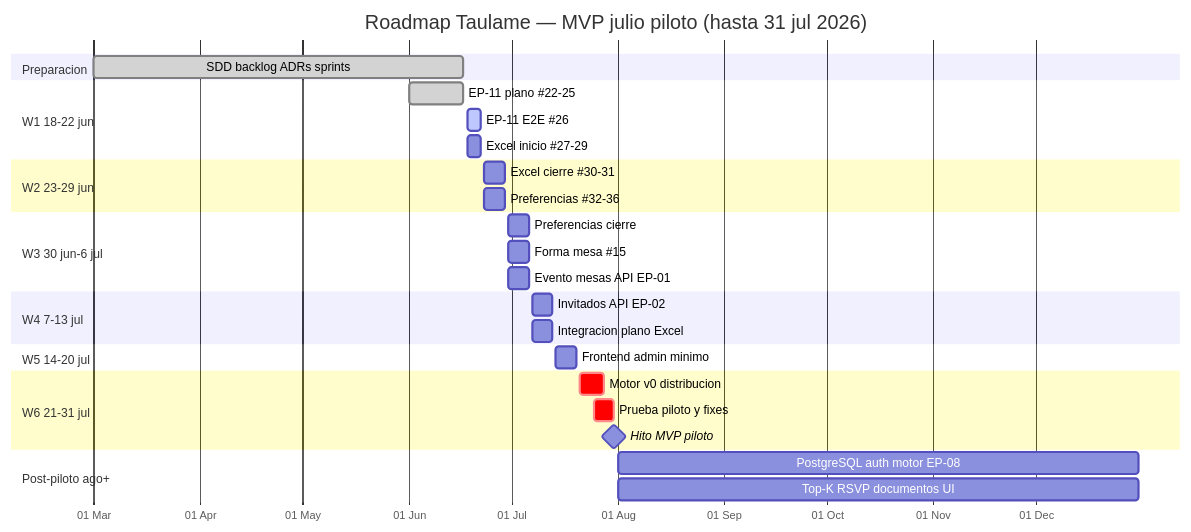
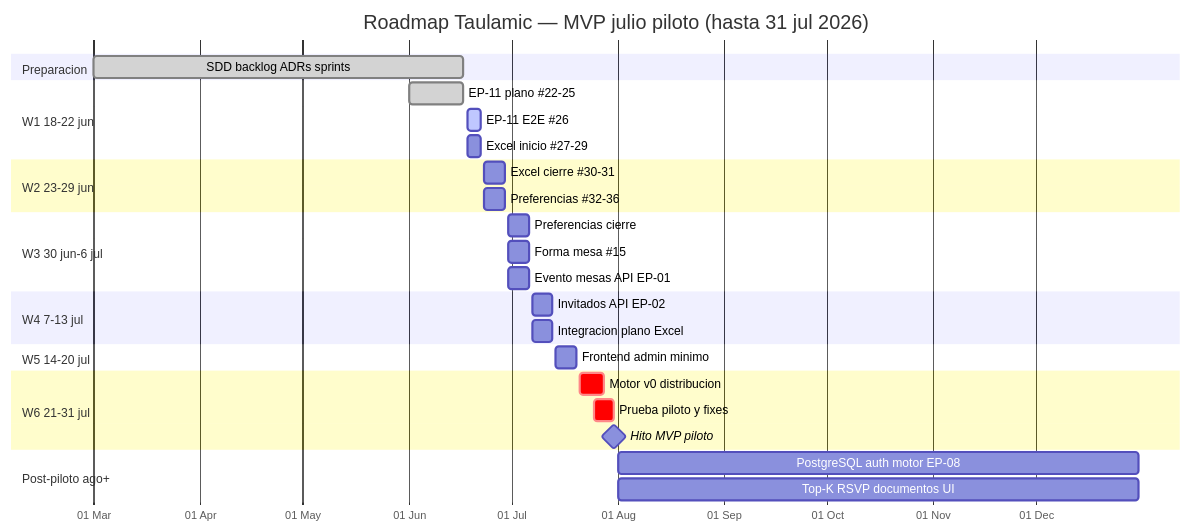
One commit to quintasc/taulamic changed the first of 3 diagrams in docs/agile/roadmap-mvp-julio.md. Above: the diagram before and after it, drawn with Mermaid. The commit also changed other lines of this file and 23 other files, not shown here.

First line of the commit message:
chore: rebrand producto y repo Taulame → Taulamic

````diff
--- a/docs/agile/roadmap-mvp-julio.md
+++ b/docs/agile/roadmap-mvp-julio.md
@@ -33,39 +33,39 @@
 ```mermaid
 gantt
-    title Roadmap Taulame — MVP julio piloto (hasta 31 jul 2026)
+    title Roadmap Taulamic — MVP julio piloto (hasta 31 jul 2026)
     dateFormat YYYY-MM-DD
     axisFormat %d %b
 
     section Preparacion
     SDD backlog ADRs sprints     :done, prep, 2026-03-01, 2026-06-17
 
     section W1 18-22 jun
     EP-11 plano #22-25           :done, w1a, 2026-06-01, 2026-06-17
     EP-11 E2E #26                :active, w1b, 2026-06-18, 2026-06-22
     Excel inicio #27-29          :w1c, 2026-06-18, 2026-06-22
 
     section W2 23-29 jun
     Excel cierre #30-31          :w2a, 2026-06-23, 2026-06-29
     Preferencias #32-36          :w2b, 2026-06-23, 2026-06-29
 
     section W3 30 jun-6 jul
     Preferencias cierre          :w3a, 2026-06-30, 2026-07-06
     Forma mesa #15               :w3b, 2026-06-30, 2026-07-06
     Evento mesas API EP-01       :w3c, 2026-06-30, 2026-07-06
 
     section W4 7-13 jul
     Invitados API EP-02          :w4a, 2026-07-07, 2026-07-13
     Integracion plano Excel      :w4b, 2026-07-07, 2026-07-13
 
     section W5 14-20 jul
     Frontend admin minimo        :w5a, 2026-07-14, 2026-07-20
 
     section W6 21-31 jul
     Motor v0 distribucion        :crit, w6a, 2026-07-21, 2026-07-28
     Prueba piloto y fixes        :crit, w6b, 2026-07-25, 2026-07-31
     Hito MVP piloto              :milestone, mvp, 2026-07-31, 0d
 
     section Post-piloto ago+
     PostgreSQL auth motor EP-08  :post, 2026-08-01, 2026-12-31
     Top-K RSVP documentos UI     :post2, 2026-08-01, 2026-12-31
 ```
````
